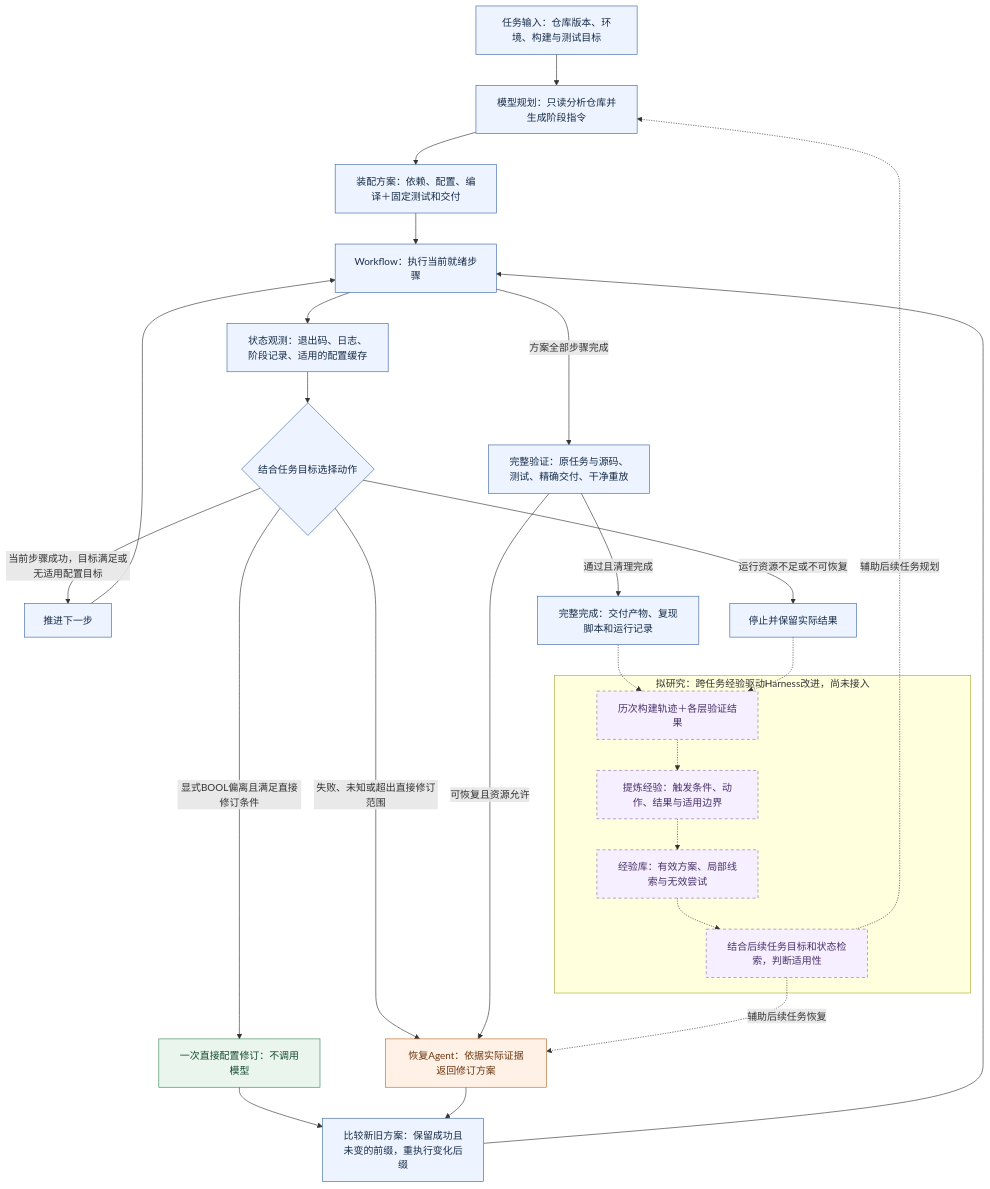
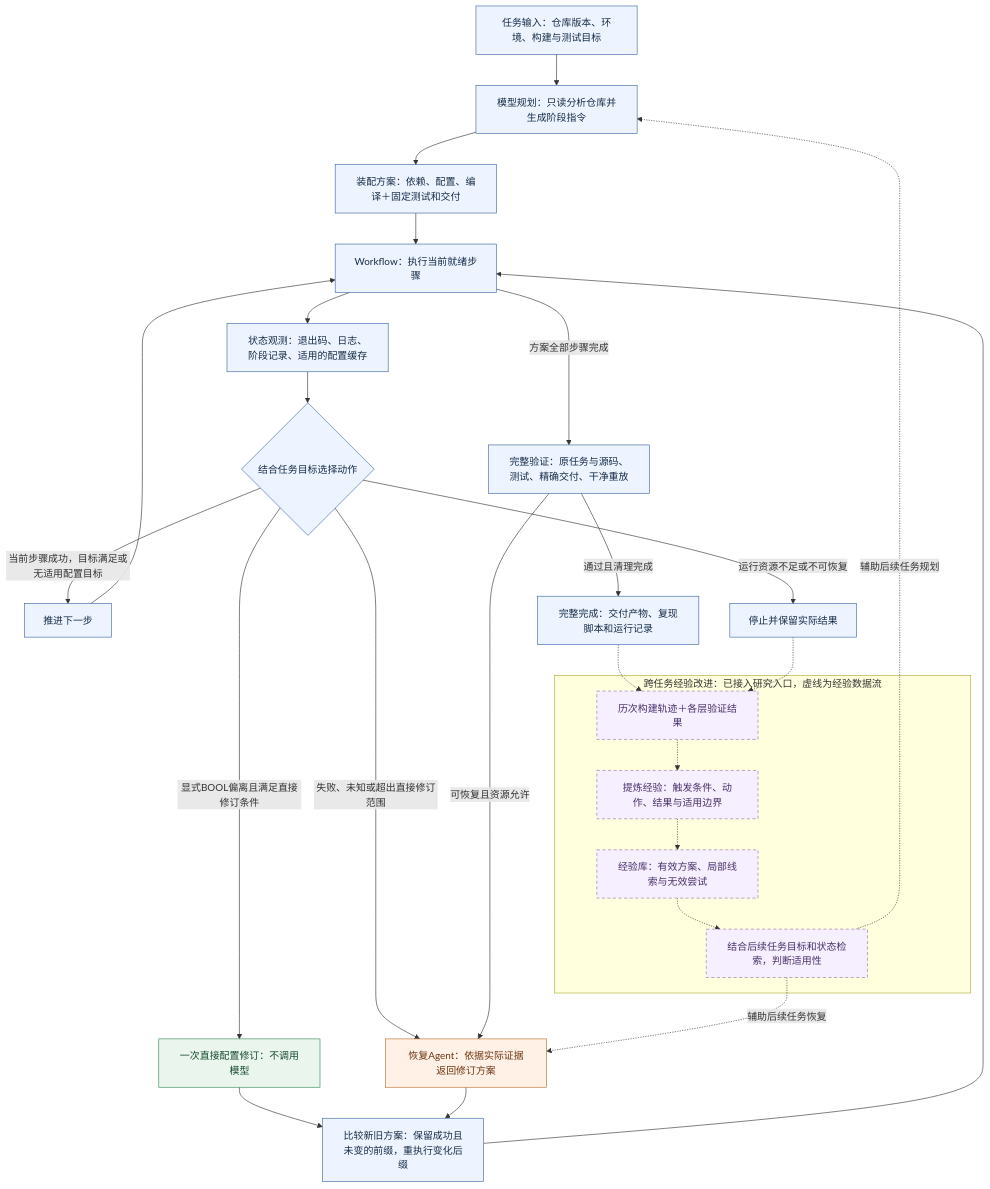
Before and after one commit to WWFXL/Forge-AutoCompiler: the diagram in docs/thesis/figures/system-overview.mmd, drawn with Mermaid. The commit also changed 37 other files, not shown here.

```diff
--- a/docs/thesis/figures/system-overview.mmd
+++ b/docs/thesis/figures/system-overview.mmd
@@ -1,40 +1,40 @@
 flowchart TB
     T[任务输入：仓库版本、环境、构建与测试目标] --> P[模型规划：只读分析仓库并生成阶段指令]
     P --> B[装配方案：依赖、配置、编译＋固定测试和交付]
     B --> W[Workflow：执行当前就绪步骤]
     W --> O[状态观测：退出码、日志、阶段记录、适用的配置缓存]
     O --> S{结合任务目标选择动作}
     S -->|当前步骤成功，目标满足或无适用配置目标| N[推进下一步]
     N --> W
     S -->|显式BOOL偏离且满足直接修订条件| D[一次直接配置修订：不调用模型]
     S -->|失败、未知或超出直接修订范围| A[恢复Agent：依据实际证据返回修订方案]
     D --> R[比较新旧方案：保留成功且未变的前缀，重执行变化后缀]
     A --> R
     R --> W
     W -->|方案全部步骤完成| V[完整验证：原任务与源码、测试、精确交付、干净重放]
     V -->|通过且清理完成| F[完整完成：交付产物、复现脚本和运行记录]
     V -->|可恢复且资源允许| A
     S -->|运行资源不足或不可恢复| X[停止并保留实际结果]
 
-    subgraph E[拟研究：跨任务经验驱动Harness改进，尚未接入]
+    subgraph E[跨任务经验改进：已接入研究入口，虚线为经验数据流]
         H[历次构建轨迹＋各层验证结果] -.-> Q[提炼经验：触发条件、动作、结果与适用边界]
         Q -.-> K[经验库：有效方案、局部线索与无效尝试]
         K -.-> M[结合后续任务目标和状态检索，判断适用性]
     end
     F -.-> H
     X -.-> H
     M -.->|辅助后续任务规划| P
     M -.->|辅助后续任务恢复| A
 
     classDef existing fill:#edf4ff,stroke:#3d66a5,color:#172c48;
     classDef direct fill:#e9f5ed,stroke:#38875b,color:#174a2e;
     classDef agent fill:#fff1e6,stroke:#ba6b2b,color:#6d3510;
-    classDef future fill:#f5efff,stroke:#9270b4,color:#493169,stroke-dasharray:5 4;
+    classDef experience fill:#f5efff,stroke:#9270b4,color:#493169,stroke-dasharray:5 4;
     class T,P,B,W,O,S,N,R,V,F,X existing;
     class D direct;
     class A agent;
-    class H,Q,K,M future;
+    class H,Q,K,M experience;
 
 %% 当前配置语义主要覆盖显式CMake BOOL目标；Make/Autotools主要为阶段Workflow＋失败Agent。
 %% Agent修订不改变源码、原测试或验收；经验检索不自动成为直接执行规则。
 %% 本图只描述研究主链，不表示Web产品入口已经统一采用所有实验控制器。
```
